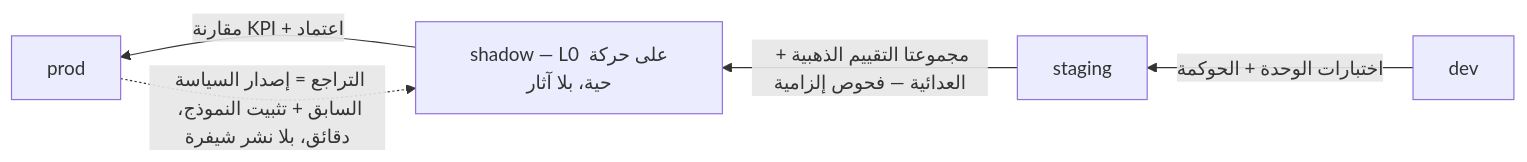
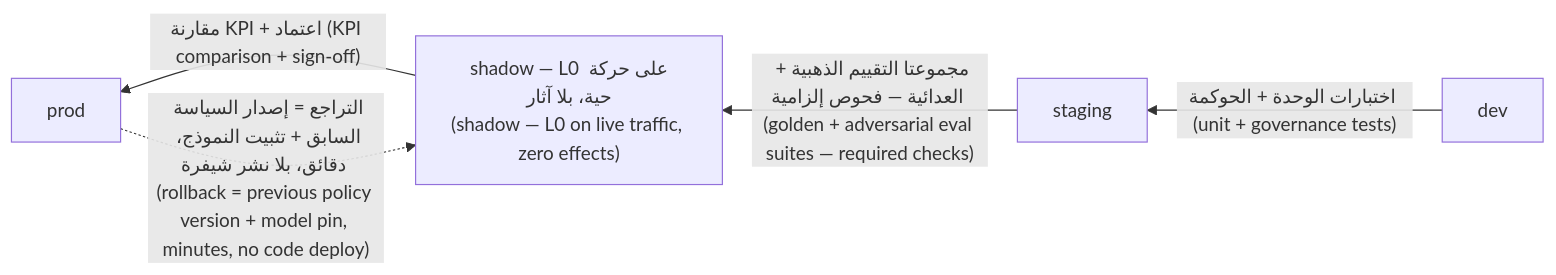
One commit to Tamoura/AI-agents changed the eighth of 10 diagrams in qdb-agent-framework/docs/LEARNING-PATH.ar.md. Above: the diagram before and after it, drawn with Mermaid. The commit also changed other lines of this file and 3 other files, not shown here.

First line of the commit message:
Arabic docs: English on every diagram label; rebuild Arabic HTML

````diff
--- a/qdb-agent-framework/docs/LEARNING-PATH.ar.md
+++ b/qdb-agent-framework/docs/LEARNING-PATH.ar.md
@@ -533,7 +533,7 @@
 ```mermaid
 flowchart RL
-    DEV["dev"] -->|"اختبارات الوحدة + الحوكمة"| STG["staging"]
-    STG -->|"مجموعتا التقييم الذهبية + العدائية — فحوص إلزامية"| SHD["shadow — L0 على حركة حية، بلا آثار"]
-    SHD -->|"مقارنة KPI + اعتماد"| PRD["prod"]
-    PRD -.->|"التراجع = إصدار السياسة السابق + تثبيت النموذج، دقائق، بلا نشر شيفرة"| SHD
+    DEV["dev"] -->|"اختبارات الوحدة + الحوكمة (unit + governance tests)"| STG["staging"]
+    STG -->|"مجموعتا التقييم الذهبية + العدائية — فحوص إلزامية (golden + adversarial eval suites — required checks)"| SHD["shadow — L0 على حركة حية، بلا آثار<br/>(shadow — L0 on live traffic, zero effects)"]
+    SHD -->|"مقارنة KPI + اعتماد (KPI comparison + sign-off)"| PRD["prod"]
+    PRD -.->|"التراجع = إصدار السياسة السابق + تثبيت النموذج، دقائق، بلا نشر شيفرة (rollback = previous policy version + model pin, minutes, no code deploy)"| SHD
 ```
````
